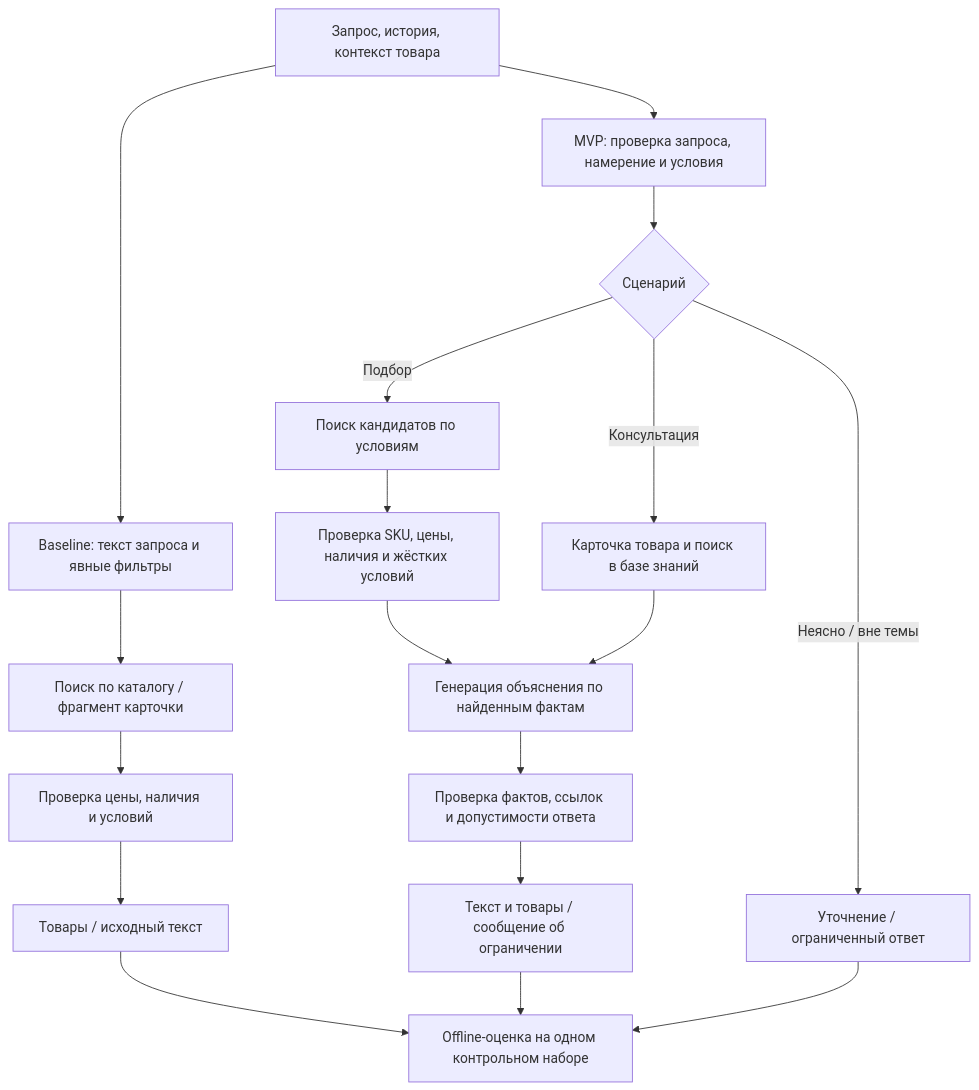
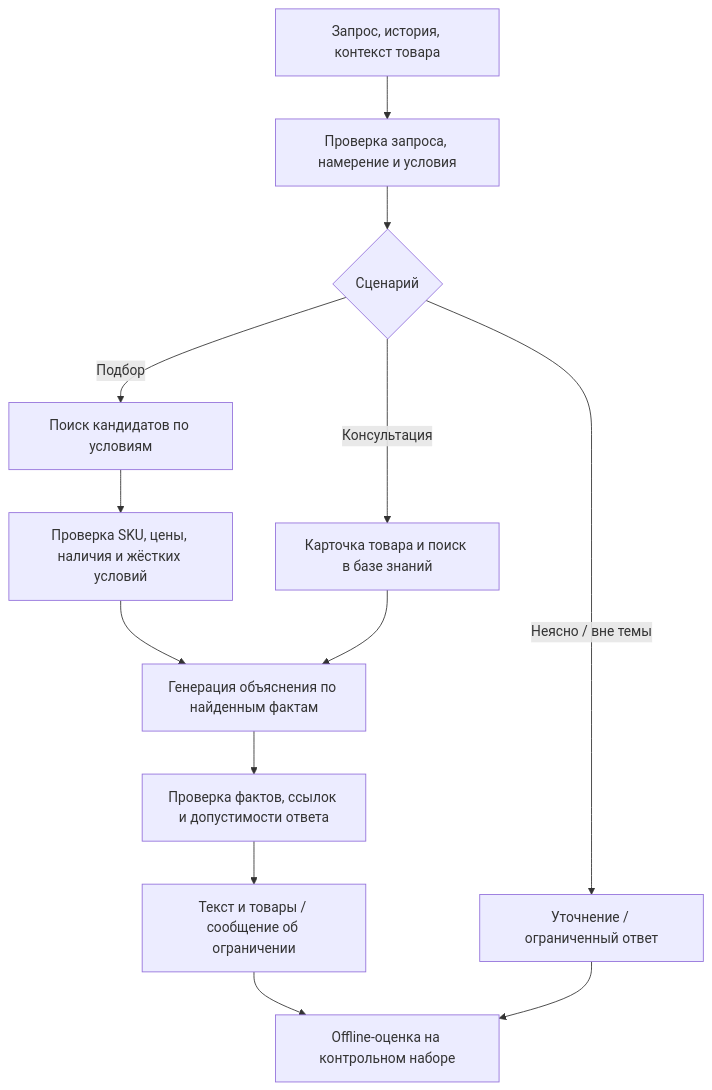
The second of 2 diagrams in docs/ml_system_design_doc.md (yuagorshkova/beauty-assistant-mlsd), drawn with Mermaid before and after one commit. The commit also changed other lines of this file and 1 other file, not shown here.

Commit message:
HW1: separate baseline and MVP diagrams

````diff
--- a/docs/ml_system_design_doc.md
+++ b/docs/ml_system_design_doc.md
@@ -82,20 +97,15 @@
 ```mermaid
 flowchart TD
-    U["Запрос, история, контекст товара"] --> B["Baseline: текст запроса и явные фильтры"]
-    B --> BS["Поиск по каталогу / фрагмент карточки"]
-    BS --> BV["Проверка цены, наличия и условий"]
-    BV --> BO["Товары / исходный текст"]
-    U --> I["MVP: проверка запроса, намерение и условия"]
+    U["Запрос, история, контекст товара"] --> I["Проверка запроса, намерение и условия"]
     I --> R{"Сценарий"}
     R -->|Подбор| S["Поиск кандидатов по условиям"]
     R -->|Консультация| K["Карточка товара и поиск в базе знаний"]
     R -->|Неясно / вне темы| F["Уточнение / ограниченный ответ"]
     S --> V["Проверка SKU, цены, наличия и жёстких условий"]
     V --> G["Генерация объяснения по найденным фактам"]
     K --> G
     G --> C["Проверка фактов, ссылок и допустимости ответа"]
     C --> O["Текст и товары / сообщение об ограничении"]
-    BO --> E["Offline-оценка на одном контрольном наборе"]
-    O --> E
+    O --> E["Offline-оценка на контрольном наборе"]
     F --> E
 ```
````
